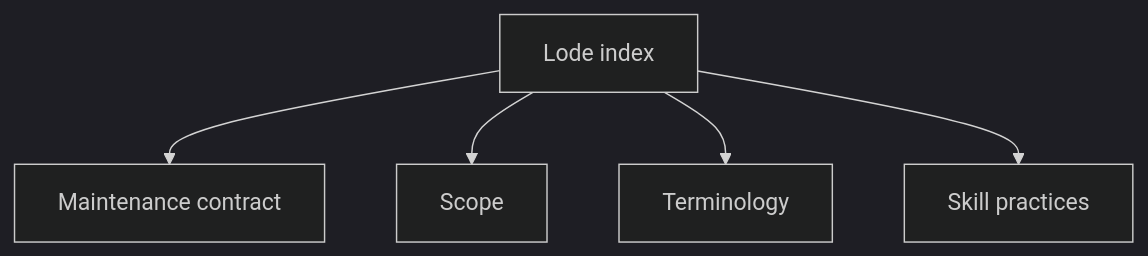
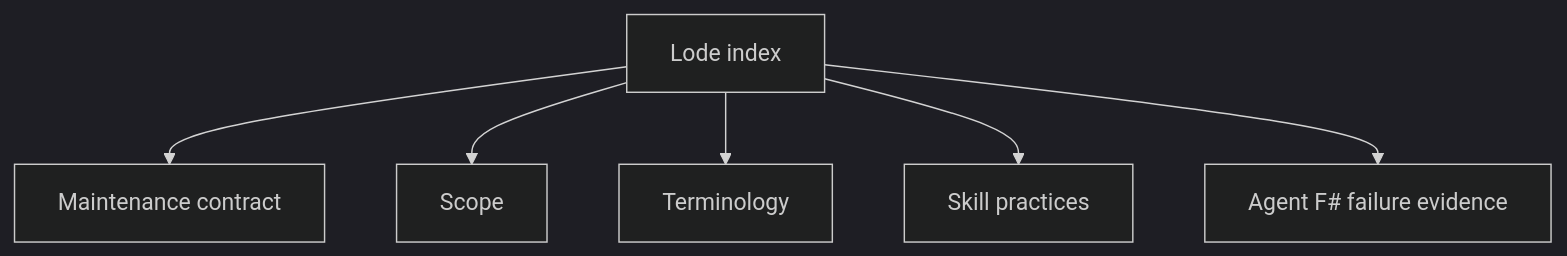
One commit to TheAngryByrd/fsharp-skills changed the diagram in lode/lode-map.md. Above: the diagram before and after it, drawn with Mermaid (dark theme). The commit also changed other lines of this file and 1 other file, not shown here.

Commit message:
Record agent F# failure evidence in the Lode
Refs #1

````diff
--- a/lode/lode-map.md
+++ b/lode/lode-map.md
@@ -17,7 +18,8 @@
 ```mermaid
 flowchart TD
     Index[Lode index] --> Readme[Maintenance contract]
     Index --> Summary[Scope]
     Index --> Terms[Terminology]
     Index --> Practices[Skill practices]
+    Index --> Failures[Agent F# failure evidence]
 ```
````
